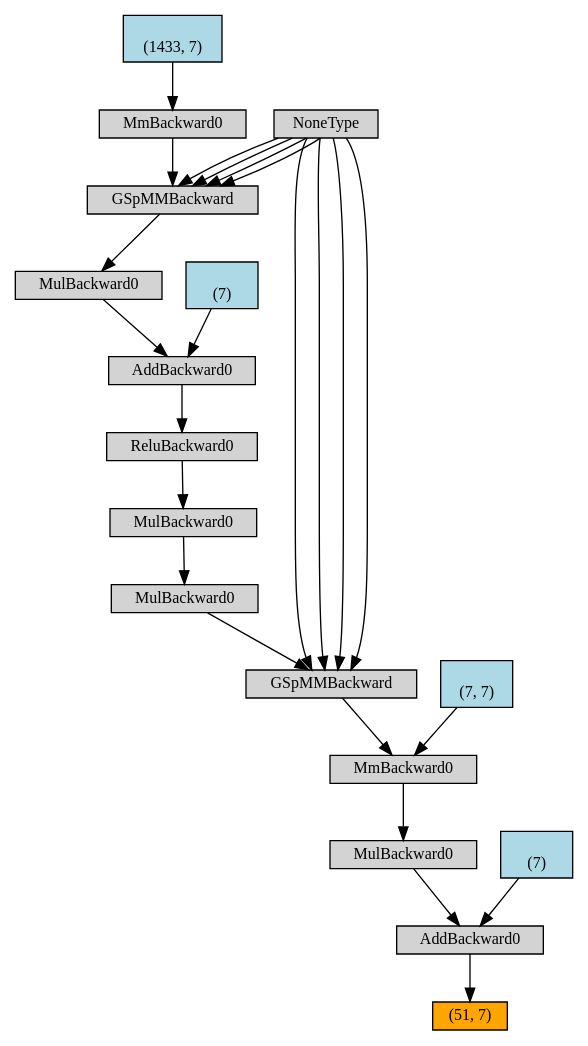
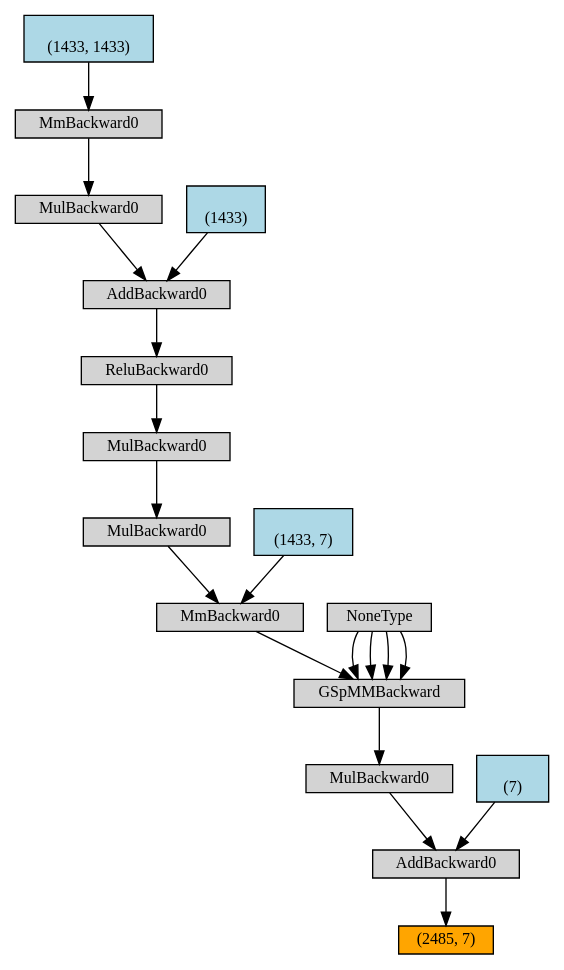
The diagram in src/Digraph.gv (Geffen-Cooper/ECE381K_RWN_Project), drawn with Graphviz before and after one commit. The commit also changed 7 other files, not shown here.

```diff
--- a/src/Digraph.gv
+++ b/src/Digraph.gv
@@ -1,48 +1,42 @@
 digraph {
 	graph [size="12,12"]
 	node [align=left fontsize=12 height=0.2 ranksep=0.1 shape=box style=filled]
-	139963898880224 [label="(51, 7)" fillcolor=orange]
-	139963898787344 -> 139963898880224
-	139963898787344 [label=AddBackward0]
-	139963898787008 -> 139963898787344
-	139963898787008 [label=MulBackward0]
-	139963898787536 -> 139963898787008
-	139963898787536 [label=MmBackward0]
-	139963901588240 -> 139963898787536
-	139963901588240 [label=GSpMMBackward]
-	139963898787440 -> 139963901588240
-	139963898787440 [label=MulBackward0]
-	139963898788448 -> 139963898787440
-	139963898788448 [label=MulBackward0]
-	139963898789168 -> 139963898788448
-	139963898789168 [label=ReluBackward0]
-	139963898789264 -> 139963898789168
-	139963898789264 [label=AddBackward0]
-	139963898789360 -> 139963898789264
-	139963898789360 [label=MulBackward0]
-	139963901588000 -> 139963898789360
-	139963901588000 [label=GSpMMBackward]
-	139963898789552 -> 139963901588000
-	139963898789552 [label=MmBackward0]
-	139963898789648 -> 139963898789552
-	139963898789648 [label="
+	140055734871120 [label="(2485, 7)" fillcolor=orange]
+	140055827947920 -> 140055734871120
+	140055827947920 [label=AddBackward0]
+	140055827948544 -> 140055827947920
+	140055827948544 [label=MulBackward0]
+	140055827763744 -> 140055827948544
+	140055827763744 [label=GSpMMBackward]
+	140055827948064 -> 140055827763744
+	140055827948064 [label=MmBackward0]
+	140055827950176 -> 140055827948064
+	140055827950176 [label=MulBackward0]
+	140055827950368 -> 140055827950176
+	140055827950368 [label=MulBackward0]
+	140055827950464 -> 140055827950368
+	140055827950464 [label=ReluBackward0]
+	140055827950560 -> 140055827950464
+	140055827950560 [label=AddBackward0]
+	140055827950656 -> 140055827950560
+	140055827950656 [label=MulBackward0]
+	140055827950800 -> 140055827950656
+	140055827950800 [label=MmBackward0]
+	140055827950896 -> 140055827950800
+	140055827950896 [label="
+ (1433, 1433)" fillcolor=lightblue]
+	140055827950704 -> 140055827950560
+	140055827950704 [label="
+ (1433)" fillcolor=lightblue]
+	140055827950272 -> 140055827948064
+	140055827950272 [label="
  (1433, 7)" fillcolor=lightblue]
-	7588800 -> 139963901588000
+	7588800 -> 140055827763744
 	7588800 [label=NoneType]
-	7588800 -> 139963901588000
-	7588800 -> 139963901588000
-	7588800 -> 139963901588000
-	139963898789408 -> 139963898789264
-	139963898789408 [label="
- (7)" fillcolor=lightblue]
-	7588800 -> 139963901588240
-	7588800 -> 139963901588240
-	7588800 -> 139963901588240
-	7588800 -> 139963901588240
-	139963898789024 -> 139963898787536
-	139963898789024 [label="
- (7, 7)" fillcolor=lightblue]
-	139963898787392 -> 139963898787344
-	139963898787392 [label="
+	7588800 -> 140055827763744
+	7588800 -> 140055827763744
+	7588800 -> 140055827763744
+	140055827948160 -> 140055827947920
+	140055827948160 [label="
  (7)" fillcolor=lightblue]
 }
```
